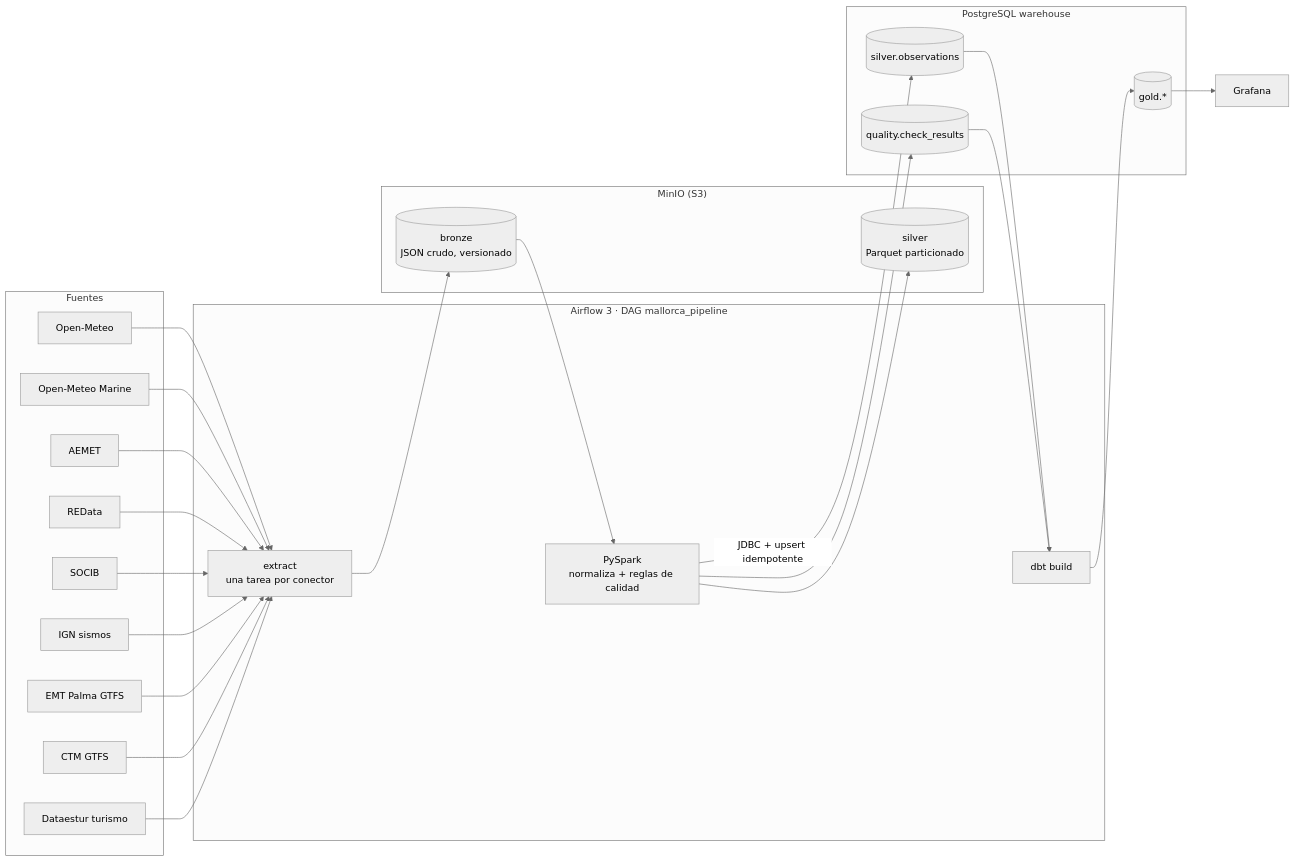
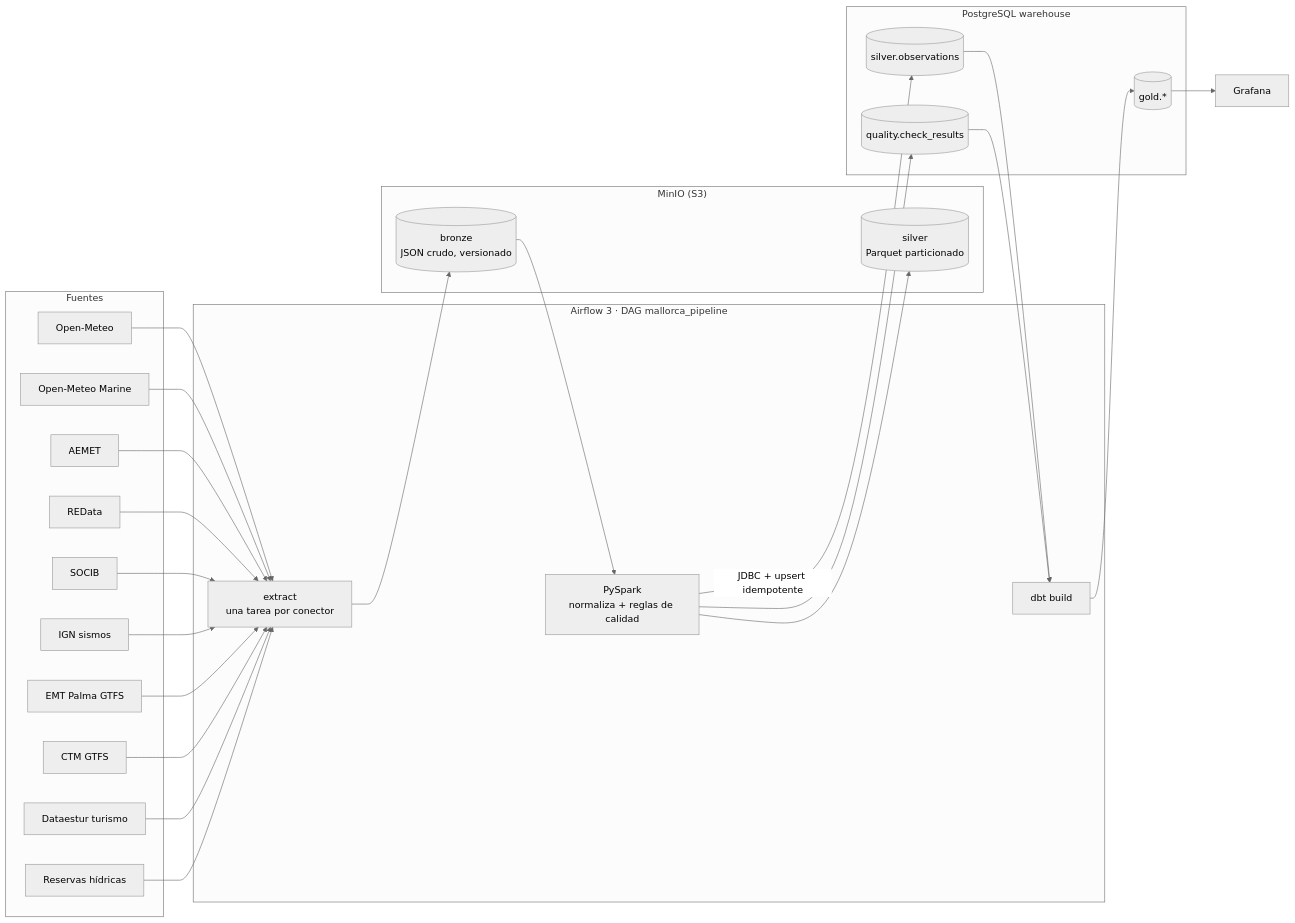
Before and after one commit to AlexandreColl/MallorcaDataPlatform: the diagram in README.md, drawn with Mermaid (neutral theme). The commit also changed other lines of this file and 4 other files, not shown here.

````diff
--- a/README.md
+++ b/README.md
@@ -21,34 +21,35 @@
 ```mermaid
 flowchart LR
     subgraph Fuentes
         OM[Open-Meteo]
         OMM[Open-Meteo Marine]
         AE[AEMET]
         RD[REData]
         SO[SOCIB]
         IG[IGN sismos]
         EM[EMT Palma GTFS]
         CT[CTM GTFS]
         DE[Dataestur turismo]
+        WR[Reservas hídricas]
     end
     subgraph Airflow["Airflow 3 · DAG mallorca_pipeline"]
         EX[extract<br/>una tarea por conector]
         SP[PySpark<br/>normaliza + reglas de calidad]
         DBT[dbt build]
     end
     subgraph MinIO["MinIO (S3)"]
         BR[(bronze<br/>JSON crudo, versionado)]
         SL[(silver<br/>Parquet particionado)]
     end
     subgraph PG[PostgreSQL warehouse]
         SV[(silver.observations)]
         QC[(quality.check_results)]
         GD[(gold.*)]
     end
-    OM & OMM & AE & RD & SO & IG & EM & CT & DE --> EX --> BR --> SP
+    OM & OMM & AE & RD & SO & IG & EM & CT & DE & WR --> EX --> BR --> SP
     SP --> SL
     SP -->|JDBC + upsert idempotente| SV
     SP --> QC
     SV & QC --> DBT --> GD --> GF[Grafana]
     classDef next stroke-dasharray: 5 5
 ```
````
